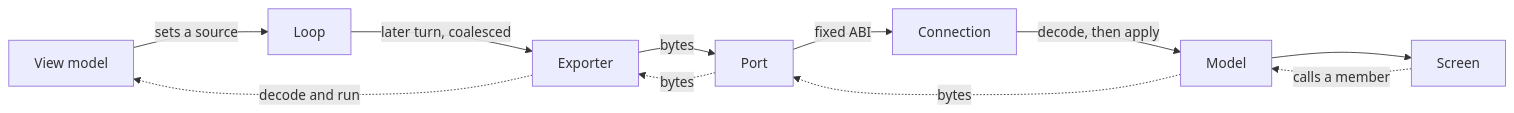
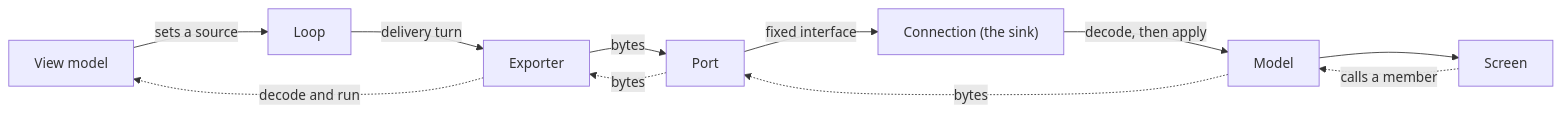
One commit to AdamEssenmacher/oahu changed the diagram in docs/architecture.md. Above: the diagram before and after it, drawn with Mermaid. The commit also changed other lines of this file, not shown here.

First line of the commit message:
Define the delivery turn, and settle five contradictions

````diff
--- a/docs/architecture.md
+++ b/docs/architecture.md
@@ -48,13 +48,13 @@
 ```mermaid
 flowchart LR
     VM[View model] -->|sets a source| L[Loop]
-    L -->|later turn, coalesced| E[Exporter]
+    L -->|delivery turn| E[Exporter]
     E -->|bytes| P[Port]
-    P -->|fixed ABI| C[Connection]
+    P -->|fixed interface| C["Connection (the sink)"]
     C -->|decode, then apply| M[Model]
     M --> S[Screen]
     S -. calls a member .-> M
     M -. bytes .-> P
     P -. bytes .-> E
     E -. decode and run .-> VM
 ```
````
